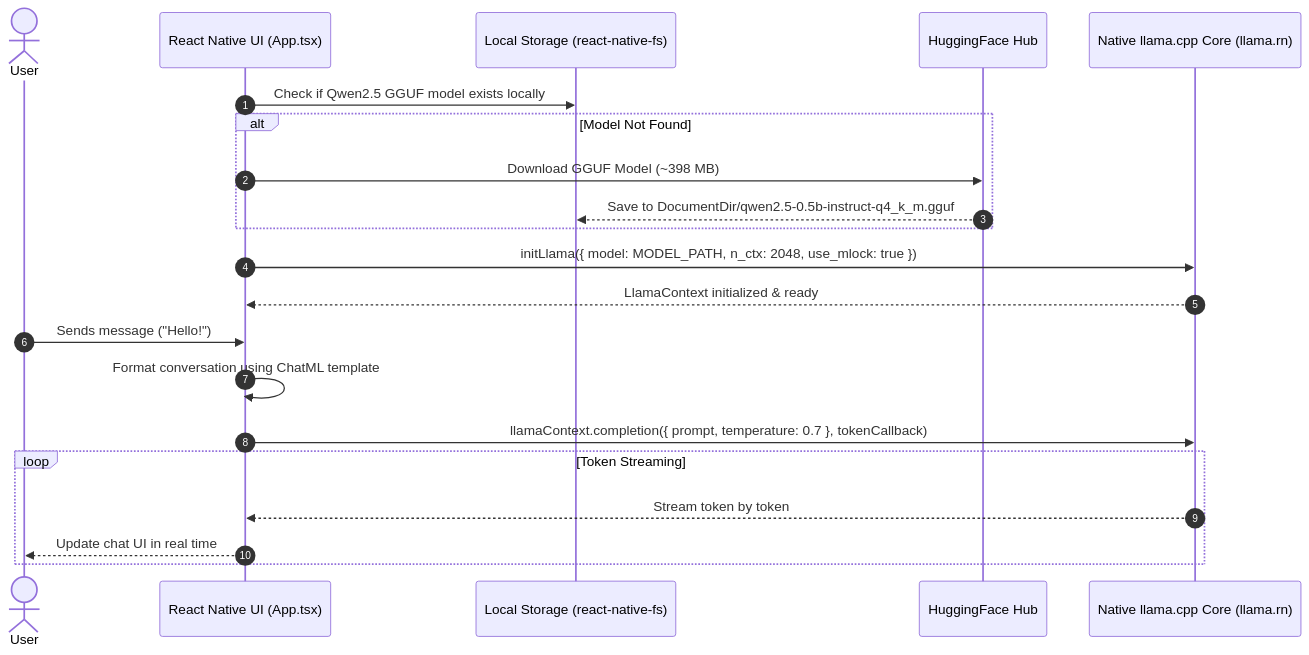
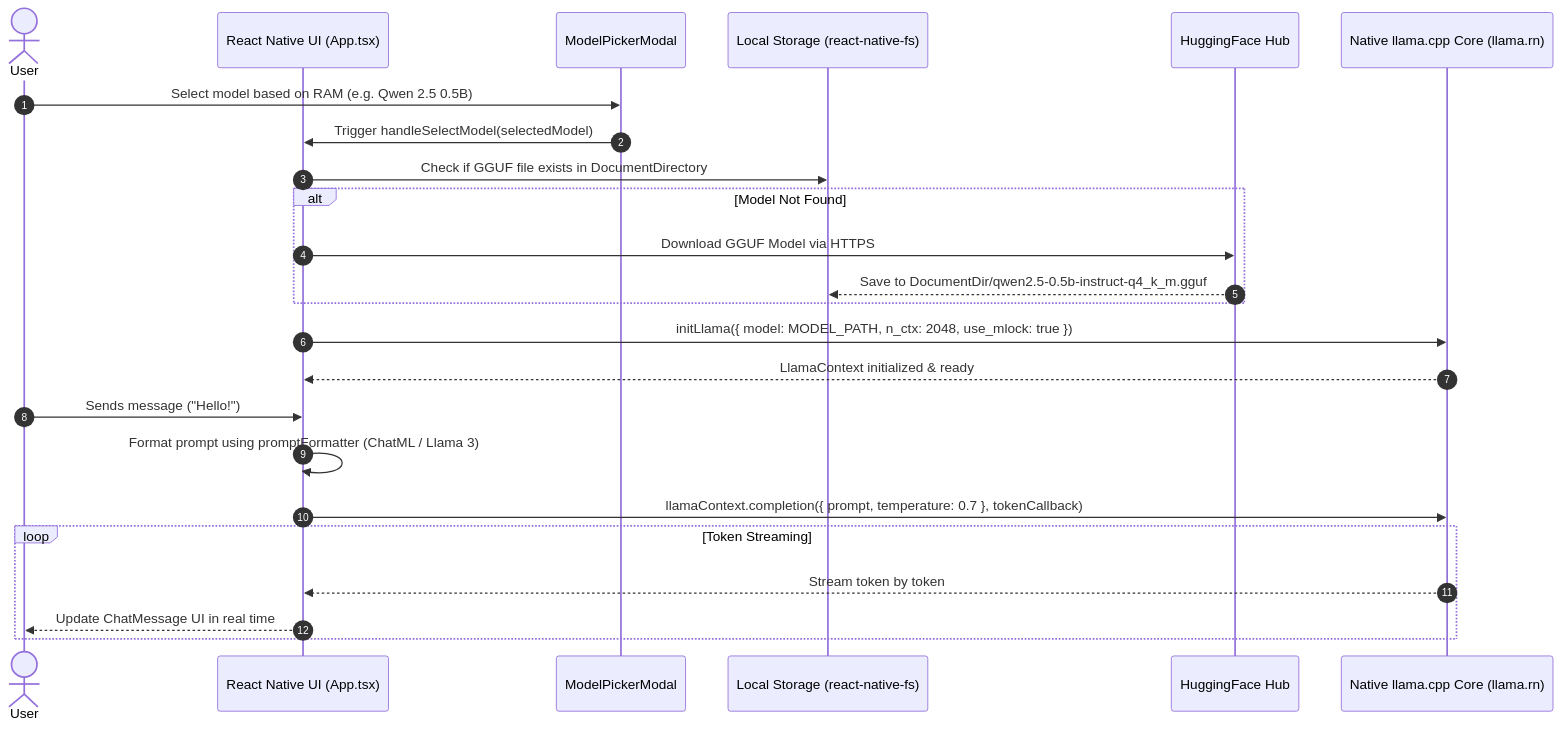
The diagram in README.md (kevinknight09/NativeLLM), drawn with Mermaid before and after one commit. The commit also changed other lines of this file, not shown here.

````diff
--- a/README.md
+++ b/README.md
@@ -21,25 +54,28 @@
 ```mermaid
 sequenceDiagram
     autonumber
     actor User
     participant App as React Native UI (App.tsx)
+    participant Picker as ModelPickerModal
     participant FS as Local Storage (react-native-fs)
     participant HF as HuggingFace Hub
     participant Llama as Native llama.cpp Core (llama.rn)
 
-    App->>FS: Check if Qwen2.5 GGUF model exists locally
+    User->>Picker: Select model based on RAM (e.g. Qwen 2.5 0.5B)
+    Picker->>App: Trigger handleSelectModel(selectedModel)
+    App->>FS: Check if GGUF file exists in DocumentDirectory
     alt Model Not Found
-        App->>HF: Download GGUF Model (~398 MB)
+        App->>HF: Download GGUF Model via HTTPS
         HF-->>FS: Save to DocumentDir/qwen2.5-0.5b-instruct-q4_k_m.gguf
     end
     App->>Llama: initLlama({ model: MODEL_PATH, n_ctx: 2048, use_mlock: true })
     Llama-->>App: LlamaContext initialized & ready
     
     User->>App: Sends message ("Hello!")
-    App->>App: Format conversation using ChatML template
+    App->>App: Format prompt using promptFormatter (ChatML / Llama 3)
     App->>Llama: llamaContext.completion({ prompt, temperature: 0.7 }, tokenCallback)
     loop Token Streaming
         Llama-->>App: Stream token by token
-        App-->>User: Update chat UI in real time
+        App-->>User: Update ChatMessage UI in real time
     end
 ```
````
